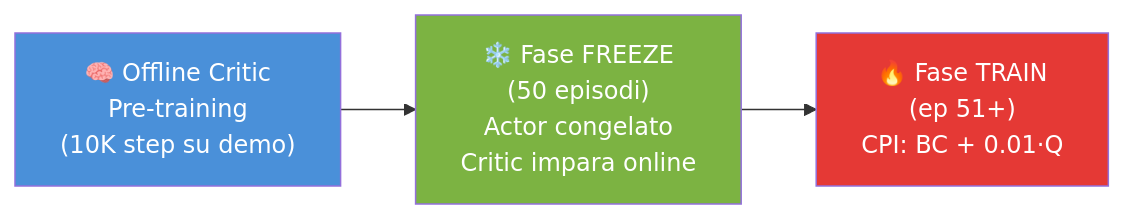
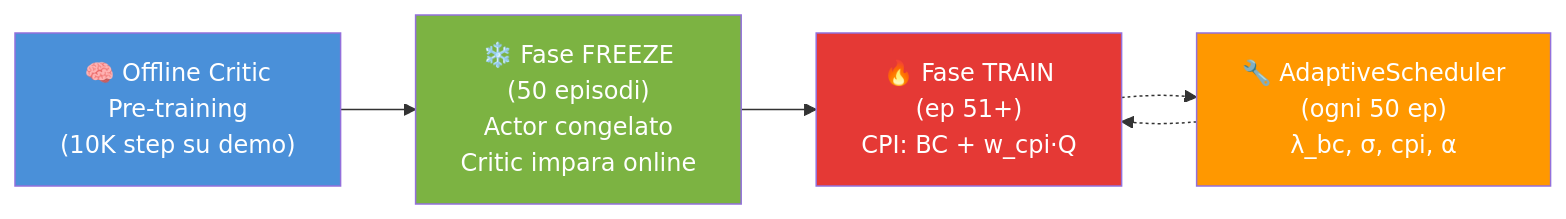
One commit to GT2DeathGun005/Iterative-Motors changed the second of 2 diagrams in README.md. Above: the diagram before and after it, drawn with Mermaid. The commit also changed other lines of this file and 1 other file, not shown here.

Commit message:
feat: implement AdaptiveScheduler to dynamically adjust training parameters based on agent performance metrics

````diff
--- a/README.md
+++ b/README.md
@@ -209,8 +209,11 @@
 ```mermaid
 graph LR
     A["🧠 Offline Critic\nPre-training\n(10K step su demo)"] --> B["❄️ Fase FREEZE\n(50 episodi)\nActor congelato\nCritic impara online"]
-    B --> C["🔥 Fase TRAIN\n(ep 51+)\nCPI: BC + 0.01·Q"]
+    B --> C["🔥 Fase TRAIN\n(ep 51+)\nCPI: BC + w_cpi·Q"]
+    C -.-> D["🔧 AdaptiveScheduler\n(ogni 50 ep)\nλ_bc, σ, cpi, α"]
+    D -.-> C
     style A fill:#4a90d9,color:#fff
     style B fill:#7cb342,color:#fff
     style C fill:#e53935,color:#fff
+    style D fill:#ff9800,color:#fff
 ```
````
